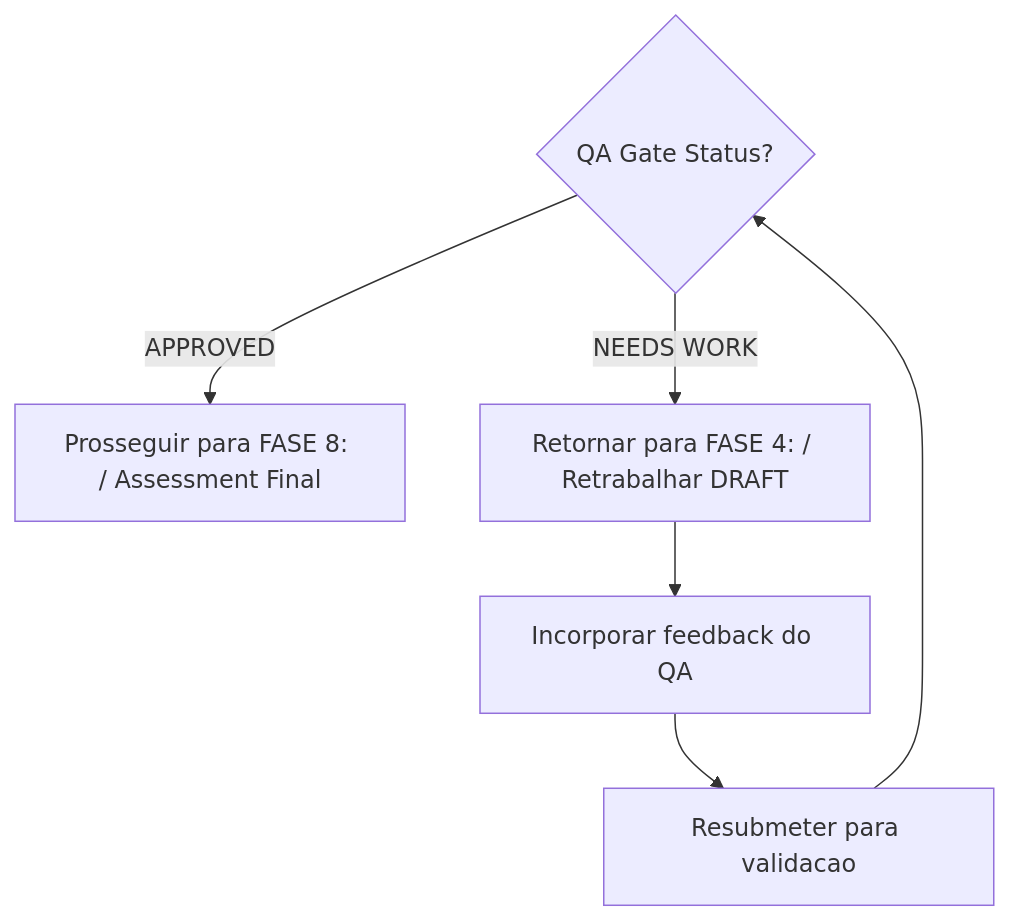
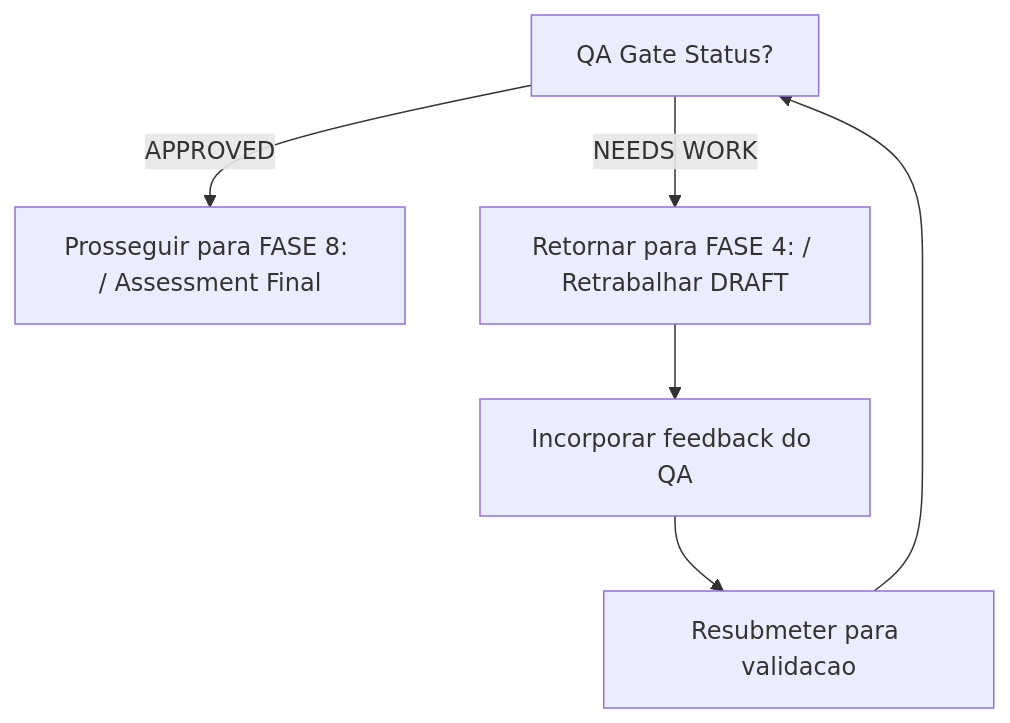
One commit to bychrisr/aios-docs changed the sixth of 7 diagrams in content/en/docs/guides/workflows/BROWNFIELD-DISCOVERY-WORKFLOW.mdx. Above: the diagram before and after it, drawn with Mermaid. The commit also changed other lines of this file and 40 other files, not shown here.

````diff
--- a/content/en/docs/guides/workflows/BROWNFIELD-DISCOVERY-WORKFLOW.mdx
+++ b/content/en/docs/guides/workflows/BROWNFIELD-DISCOVERY-WORKFLOW.mdx
@@ -767,9 +767,9 @@
 ```mermaid
 flowchart TD
-    Q2{QA Gate Status?}
+    Q2[QA Gate Status?]
     Q2 -->|APPROVED| A3[Prosseguir para FASE 8: / Assessment Final]
     Q2 -->|NEEDS WORK| A4[Retornar para FASE 4: / Retrabalhar DRAFT]
     A4 --> A5[Incorporar feedback do QA]
     A5 --> A6[Resubmeter para validacao]
     A6 --> Q2
 ```
````
